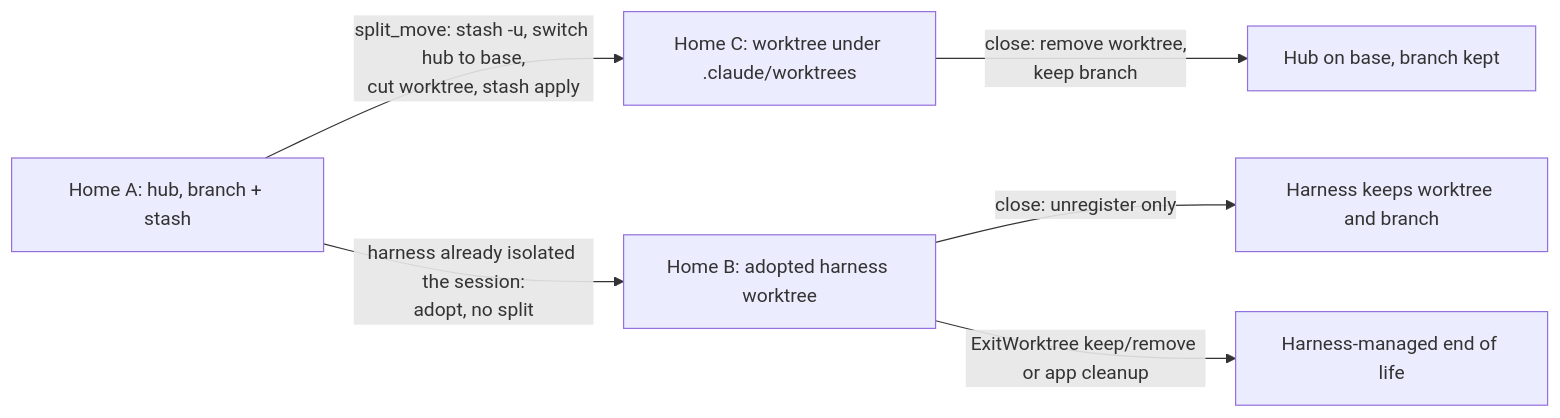
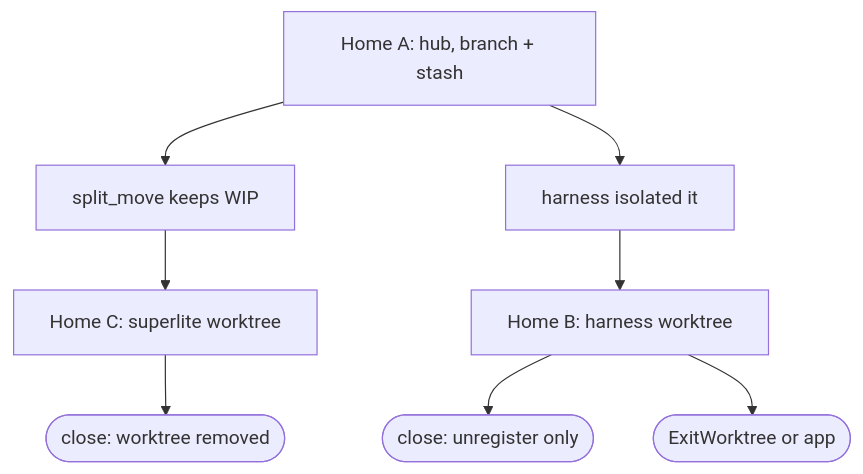
The fifth of 5 diagrams in docs/plans/2026-11-07-claude-code-worktree-compat.feature.md (iha2/superlite), drawn with Mermaid before and after one commit. The commit also changed other lines of this file and 73 other files, not shown here.

First line of the commit message:
Sessions reconcile with git, archive on close, and wrap Claude Code worktrees

````diff
--- a/docs/plans/2026-11-07-claude-code-worktree-compat.feature.md
+++ b/docs/plans/2026-11-07-claude-code-worktree-compat.feature.md
@@ -227,8 +206,10 @@
 ```mermaid
-flowchart LR
-    A[Home A: hub, branch + stash] -- "split_move: stash -u, switch hub to base,<br/>cut worktree, stash apply" --> C[Home C: worktree under .claude/worktrees]
-    A -- "harness already isolated the session:<br/>adopt, no split" --> B[Home B: adopted harness worktree]
-    C -- "close: remove worktree,<br/>keep branch" --> A2[Hub on base, branch kept]
-    B -- "close: unregister only" --> B2[Harness keeps worktree and branch]
-    B -- "ExitWorktree keep/remove or app cleanup" --> B3[Harness-managed end of life]
+flowchart TD
+    A[Home A: hub, branch + stash] --> S[split_move keeps WIP]
+    A --> H[harness isolated it]
+    S --> C[Home C: superlite worktree]
+    H --> B[Home B: harness worktree]
+    C --> CC([close: worktree removed])
+    B --> BC([close: unregister only])
+    B --> BX([ExitWorktree or app])
 ```
````
